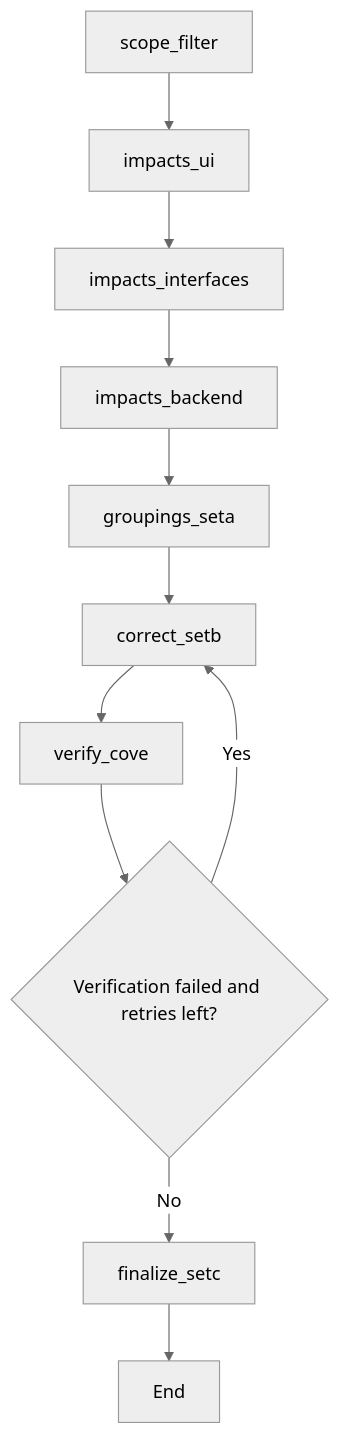
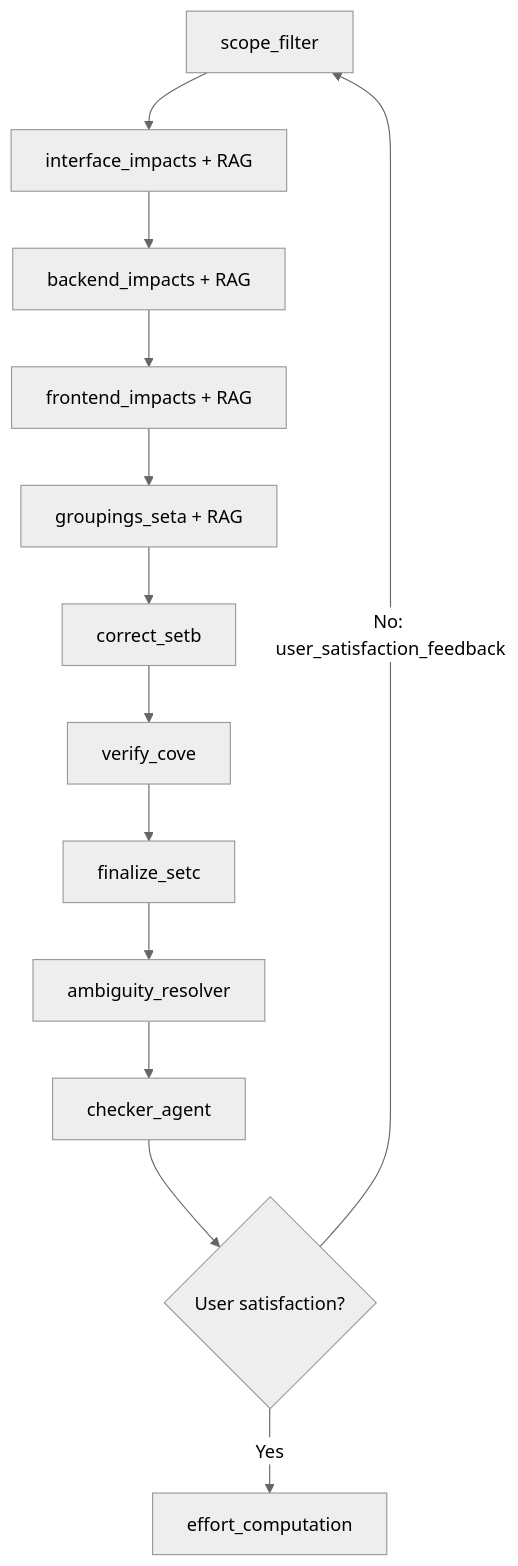
Before and after one commit to hangchill/GROSS_agentic_estimation_tool: the third of 3 diagrams in docs/DESIGN.md, drawn with Mermaid (neutral theme). The commit also changed other lines of this file and 3 other files, not shown here.

Commit message:
Updates to DESIGN flowcharts

````diff
--- a/docs/DESIGN.md
+++ b/docs/DESIGN.md
@@ -132,14 +133,18 @@
 ```mermaid
 flowchart TD
-    A[scope_filter] --> B[impacts_ui]
-    B --> C[impacts_interfaces]
-    C --> D[impacts_backend]
-    D --> E[groupings_seta]
+    A[scope_filter] --> B[interface_impacts + RAG]
+    B --> C[backend_impacts + RAG]
+    C --> D[frontend_impacts + RAG]
+    D --> E[groupings_seta + RAG]
     E --> F[correct_setb]
     F --> G[verify_cove]
- 
-    G --> H{Verification failed and retries left?}
-    H -->|Yes| F
-    H -->|No| I[finalize_setc]
-    I --> J[End]
+    G --> H[finalize_setc]
+    
+    H --> I[ambiguity_resolver]
+    I --> J[checker_agent]
+    J --> K{User satisfaction?}
+    
+    K -->|Yes| L[effort_computation]
+    K -->|No: user_satisfaction_feedback| A
+
 ```
````
